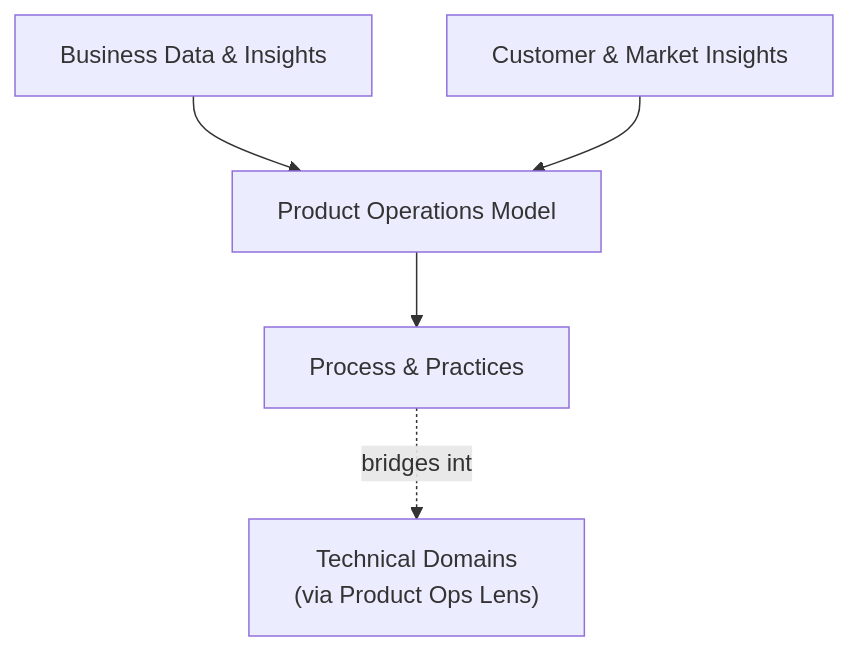
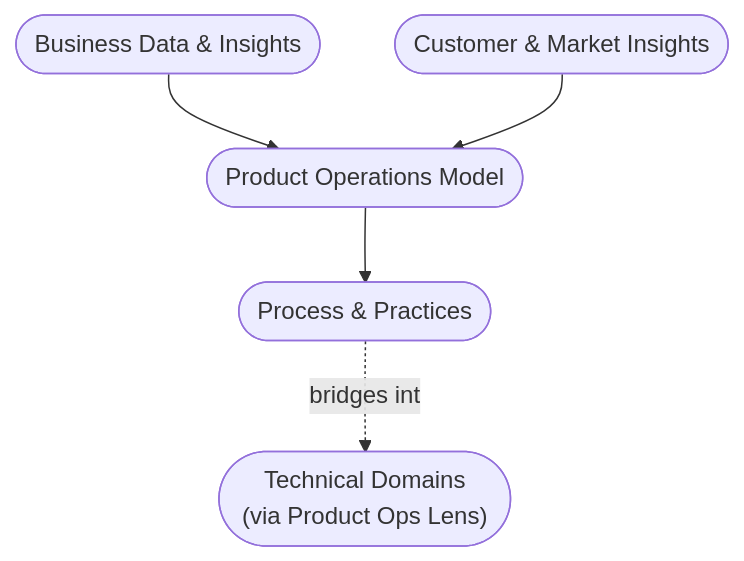
One commit to Sunparus/ai-native-product-ops changed the diagram in docs/domains/product-operations-practice/index.md. Above: the diagram before and after it, drawn with Mermaid. The commit also changed 11 other files, not shown here.

````diff
--- a/docs/domains/product-operations-practice/index.md
+++ b/docs/domains/product-operations-practice/index.md
@@ -11,7 +11,7 @@
 ```mermaid
 flowchart TB
-    P1[Business Data & Insights] --> MODEL[Product Operations Model]
-    P2[Customer & Market Insights] --> MODEL
-    MODEL --> PRAC[Process & Practices]
-    PRAC -.bridges into.-> TECH["Technical Domains<br/>(via Product Ops Lens)"]
+    P1(["Business Data & Insights"]) --> MODEL(["Product Operations Model"])
+    P2(["Customer & Market Insights"]) --> MODEL
+    MODEL --> PRAC(["Process & Practices"])
+    PRAC -.bridges into.-> TECH(["Technical Domains<br/>(via Product Ops Lens)"])
 ```
````
